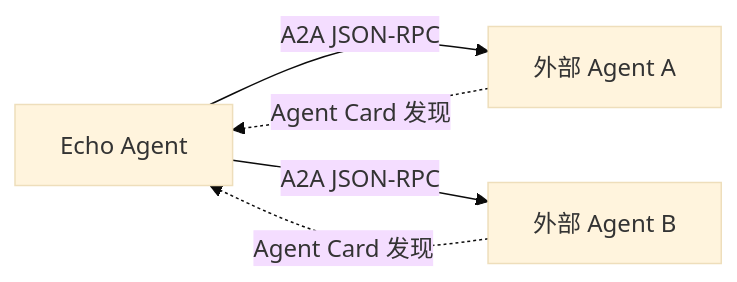
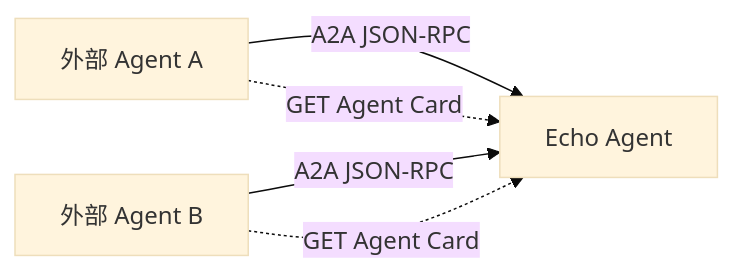
Before and after one commit to fuyuxiang/echo-agent: the third of 3 diagrams in docs/concepts/multi-agent.md, drawn with Mermaid (base theme). The commit also changed other lines of this file and 194 other files, not shown here.

````diff
--- a/docs/concepts/multi-agent.md
+++ b/docs/concepts/multi-agent.md
@@ -114,7 +115,7 @@
 ```mermaid
 flowchart LR
-    EA[Echo Agent] -->|A2A JSON-RPC| EXT1[外部 Agent A]
-    EA -->|A2A JSON-RPC| EXT2[外部 Agent B]
-    EXT1 -.->|Agent Card 发现| EA
-    EXT2 -.->|Agent Card 发现| EA
+    EXT1[外部 Agent A] -->|A2A JSON-RPC| EA[Echo Agent]
+    EXT2[外部 Agent B] -->|A2A JSON-RPC| EA
+    EXT1 -.->|GET Agent Card| EA
+    EXT2 -.->|GET Agent Card| EA
 ```
````
